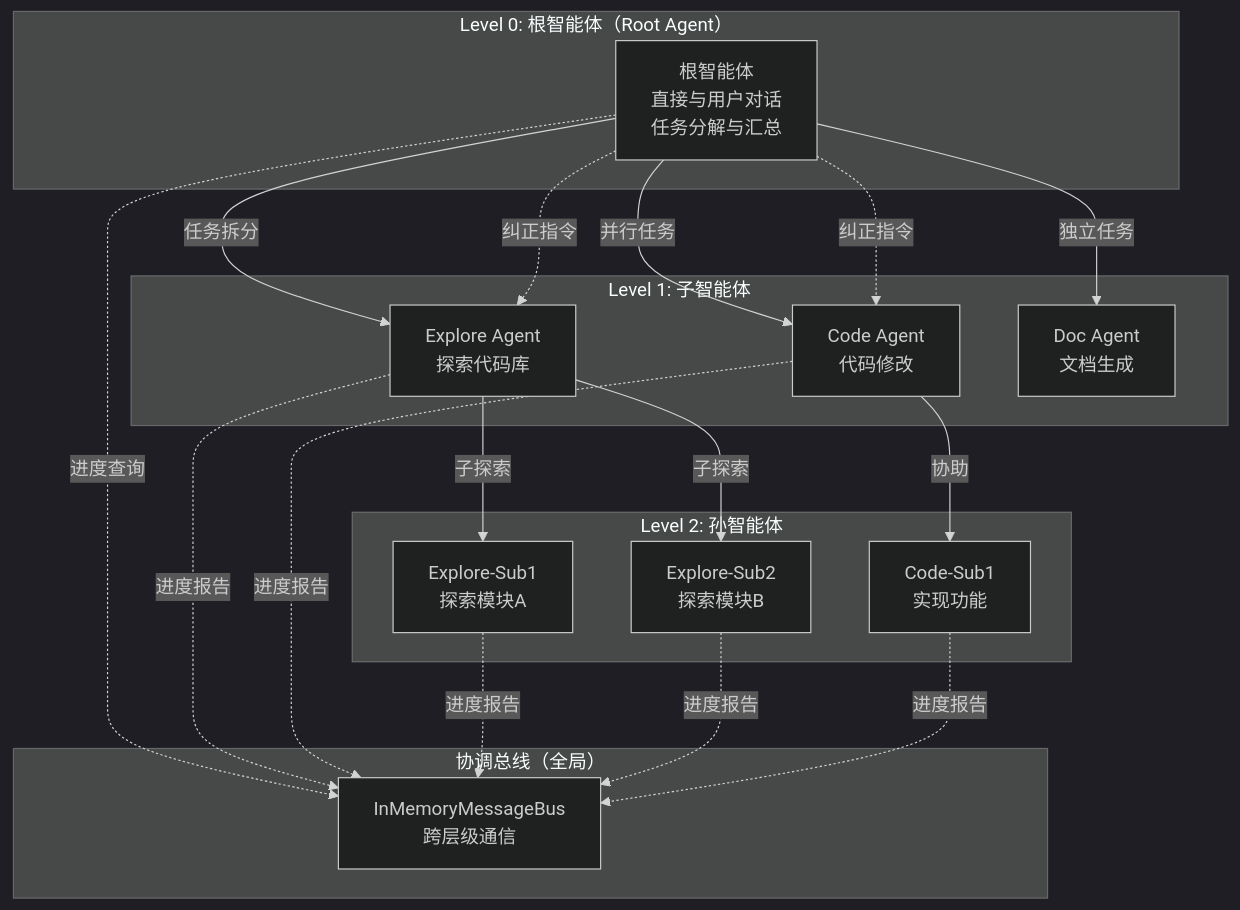
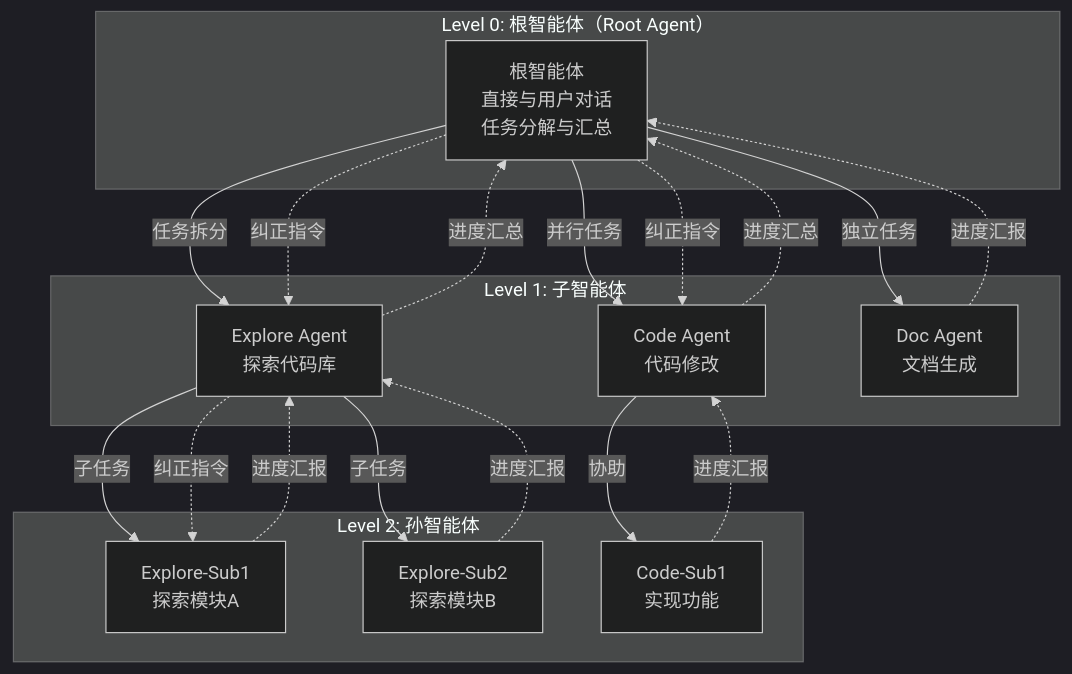
The eighth of 15 diagrams in progress/TECH.md (MiyakoMeow/neco), drawn with Mermaid (dark theme) before and after one commit. The commit also changed other lines of this file and 1 other file, not shown here.

````diff
--- a/progress/TECH.md
+++ b/progress/TECH.md
@@ -1306,40 +1445,37 @@
 ```mermaid
 graph TB
     subgraph "Level 0: 根智能体（Root Agent）"
         Root[根智能体<br/>直接与用户对话<br/>任务分解与汇总]
     end
 
     subgraph "Level 1: 子智能体"
         E1[Explore Agent<br/>探索代码库]
         C1[Code Agent<br/>代码修改]
         D1[Doc Agent<br/>文档生成]
     end
 
     subgraph "Level 2: 孙智能体"
         E2[Explore-Sub1<br/>探索模块A]
         E3[Explore-Sub2<br/>探索模块B]
         C2[Code-Sub1<br/>实现功能]
     end
 
-    subgraph "协调总线（全局）"
-        Bus[InMemoryMessageBus<br/>跨层级通信]
-    end
-
     Root -->|任务拆分| E1
     Root -->|并行任务| C1
     Root -->|独立任务| D1
 
-    E1 -->|子探索| E2
-    E1 -->|子探索| E3
+    E1 -->|子任务| E2
+    E1 -->|子任务| E3
     C1 -->|协助| C2
 
-    Root -.->|进度查询| Bus
-    E1 -.->|进度报告| Bus
-    C1 -.->|进度报告| Bus
-    E2 -.->|进度报告| Bus
-    E3 -.->|进度报告| Bus
-    C2 -.->|进度报告| Bus
+    E2 -.->|进度汇报| E1
+    E3 -.->|进度汇报| E1
+    E1 -.->|进度汇总| Root
+    C2 -.->|进度汇报| C1
+    C1 -.->|进度汇总| Root
+    D1 -.->|进度汇报| Root
 
     Root -.->|纠正指令| E1
     Root -.->|纠正指令| C1
+    E1 -.->|纠正指令| E2
 ```
````
